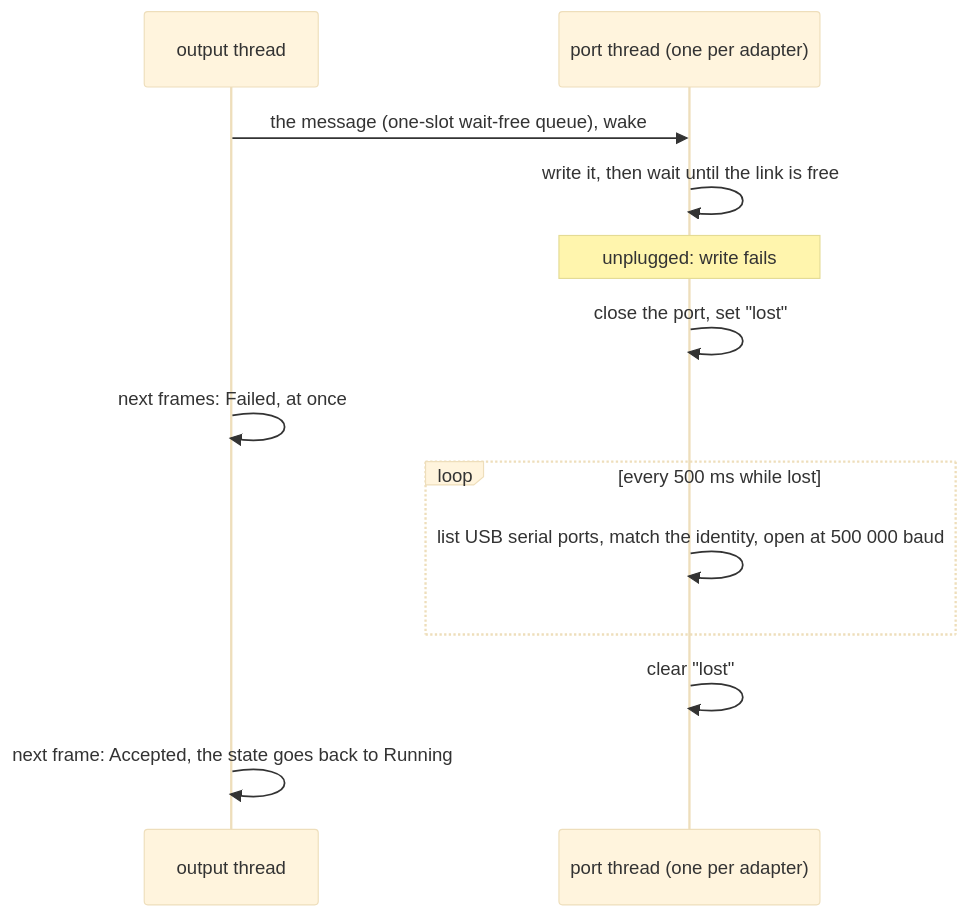
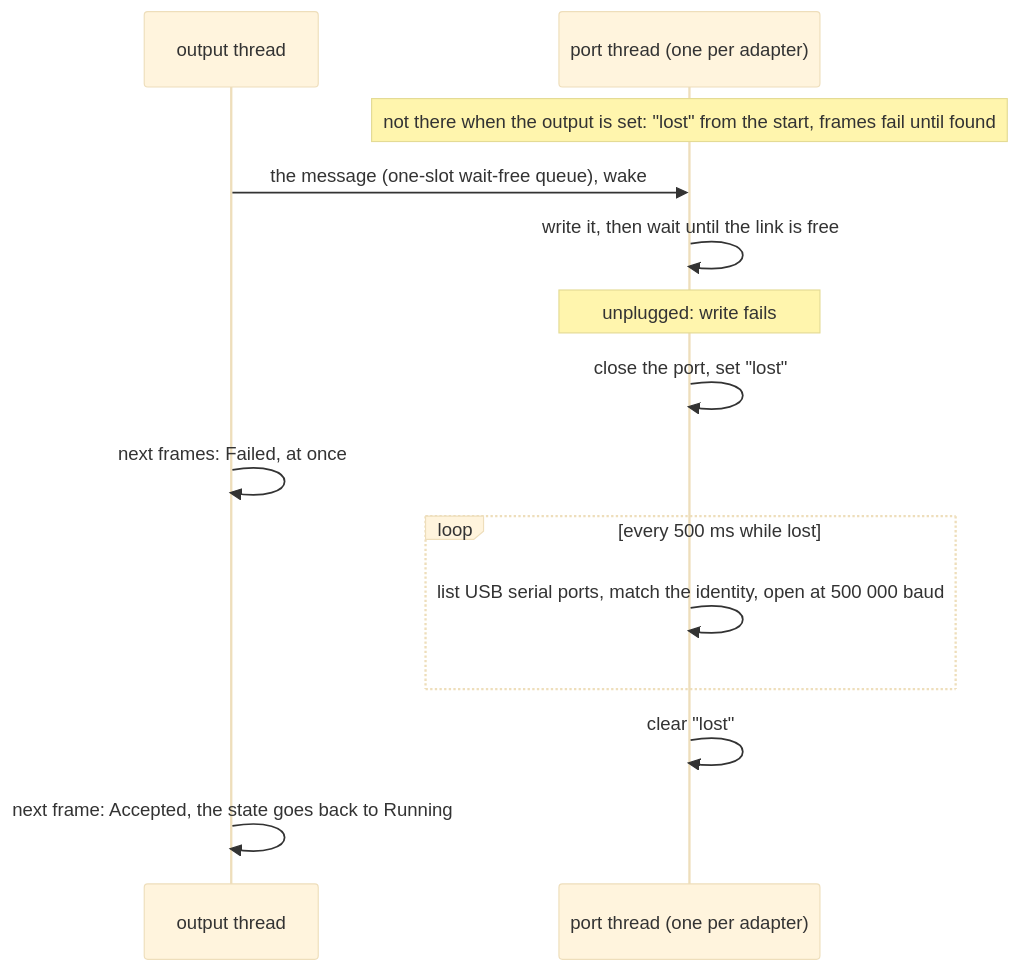
Before and after one commit to abossard/bossylights: the fourth of 4 diagrams in docs/engine.md, drawn with Mermaid (base theme). The commit also changed other lines of this file and 4 other files, not shown here.

Commit message:
docs: the mockup screenshots show the whole top bar, taken from the committed mockups at 1480 wide; engine.md: every output starts NotFound, an adapter not there yet is looked for, not refused (#116)

````diff
--- a/docs/engine.md
+++ b/docs/engine.md
@@ -98,15 +101,16 @@
 ```mermaid
 sequenceDiagram
   participant O as output thread
   participant P as port thread (one per adapter)
+  Note over P: not there when the output is set: "lost" from the start, frames fail until found
   O->>P: the message (one-slot wait-free queue), wake
   P->>P: write it, then wait until the link is free
   Note over P: unplugged: write fails
   P->>P: close the port, set "lost"
   O->>O: next frames: Failed, at once
   loop every 500 ms while lost
     P->>P: list USB serial ports, match the identity, open at 500 000 baud
   end
   P->>P: clear "lost"
   O->>O: next frame: Accepted, the state goes back to Running
 ```
````
